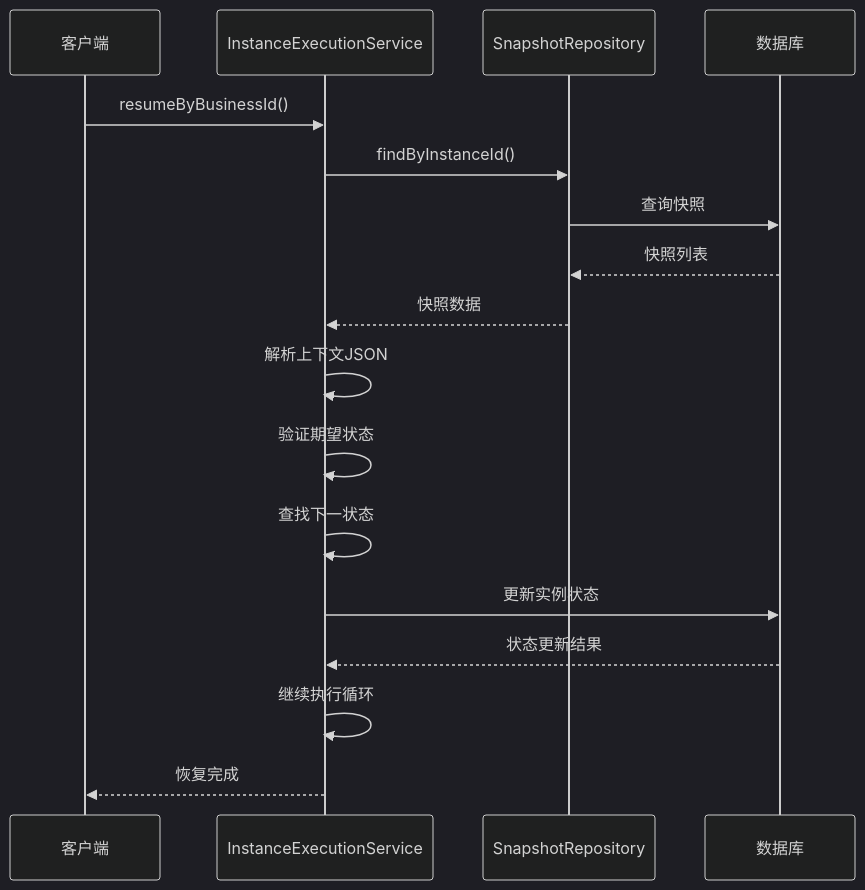
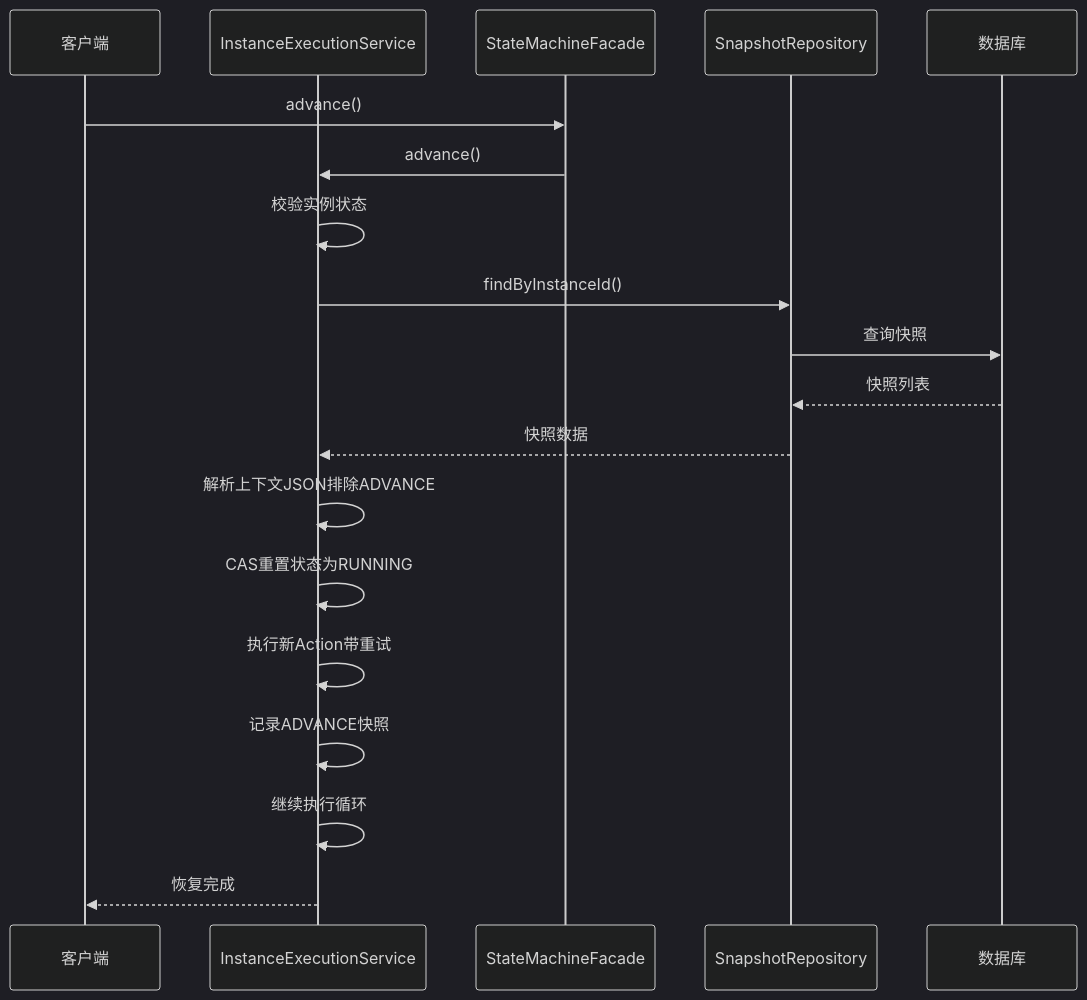
Before and after one commit to xiaoche80s-tech/state-machine-parent: the third of 18 diagrams in .qoder/repowiki/zh/content/快照与恢复/实例恢复机制.md, drawn with Mermaid (dark theme). The commit also changed other lines of this file and 7 other files, not shown here.

````diff
--- a/.qoder/repowiki/zh/content/快照与恢复/实例恢复机制.md
+++ b/.qoder/repowiki/zh/content/快照与恢复/实例恢复机制.md
@@ -126,19 +138,21 @@
 ```mermaid
 sequenceDiagram
 participant Client as 客户端
 participant Service as InstanceExecutionService
+participant Facade as StateMachineFacade
 participant Repo as SnapshotRepository
 participant DB as 数据库
-Client->>Service : resumeByBusinessId()
+Client->>Facade : advance()
+Facade->>Service : advance()
+Service->>Service : 校验实例状态
 Service->>Repo : findByInstanceId()
 Repo->>DB : 查询快照
 DB-->>Repo : 快照列表
 Repo-->>Service : 快照数据
-Service->>Service : 解析上下文JSON
-Service->>Service : 验证期望状态
-Service->>Service : 查找下一状态
-Service->>DB : 更新实例状态
-DB-->>Service : 状态更新结果
+Service->>Service : 解析上下文JSON排除ADVANCE
+Service->>Service : CAS重置状态为RUNNING
+Service->>Service : 执行新Action带重试
+Service->>Service : 记录ADVANCE快照
 Service->>Service : 继续执行循环
 Service-->>Client : 恢复完成
 ```
````
